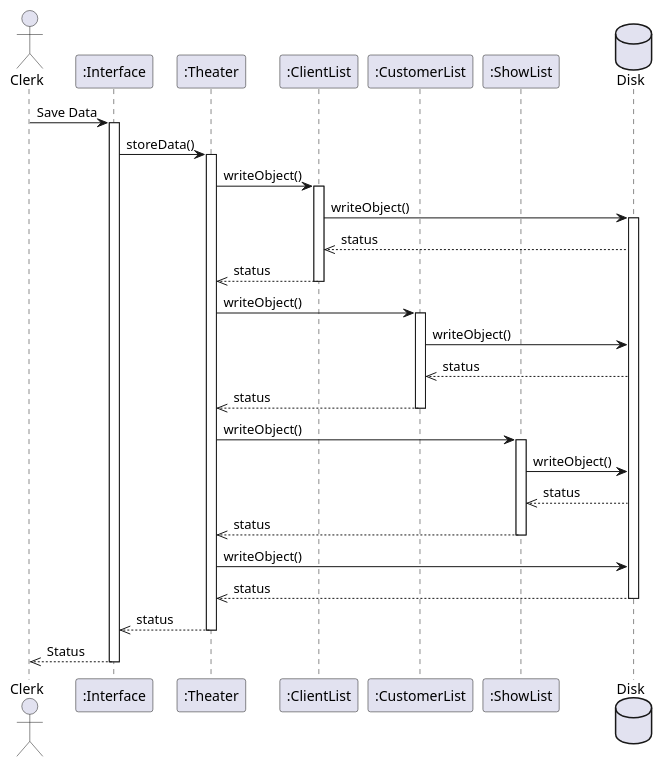
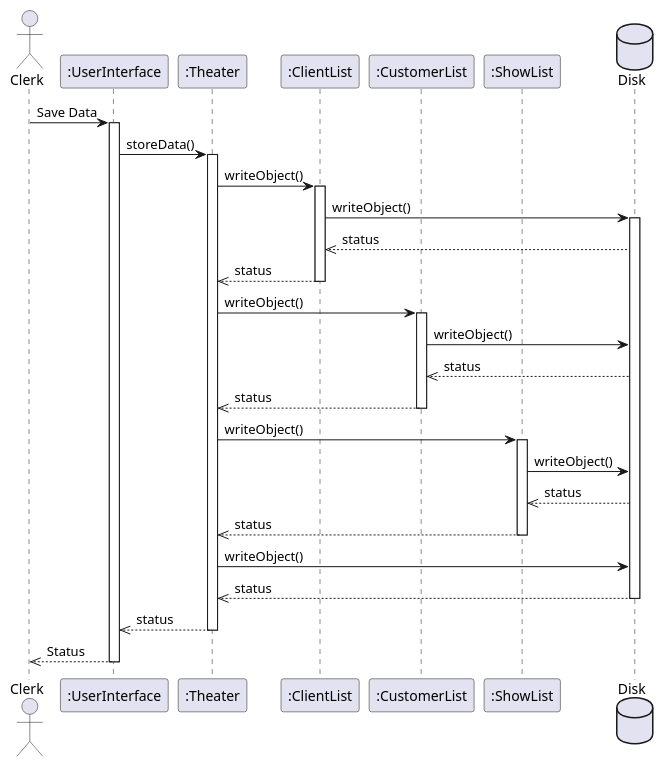
One commit to FreezeWarp/372Groupwork changed the diagram in src/SequenceDiagrams/SaveState.pu. Above: the diagram before and after it, drawn with PlantUML. The commit also changed 17 other files, not shown here.

First line of the commit message:
Rename Interface to UserInterface

```diff
--- a/src/SequenceDiagrams/SaveState.pu
+++ b/src/SequenceDiagrams/SaveState.pu
@@ -1,51 +1,51 @@
 @startuml
 
 actor Clerk
-participant ":Interface"
+participant ":UserInterface"
 participant ":Theater"
 participant ":ClientList"
 participant ":CustomerList"
 participant ":ShowList"
 database Disk
 
-Clerk -> ":Interface" : Save Data
-activate ":Interface"
+Clerk -> ":UserInterface" : Save Data
+activate ":UserInterface"
 
-":Interface" -> ":Theater" : storeData()
+":UserInterface" -> ":Theater" : storeData()
 activate ":Theater"
 
 ":Theater" -> ":ClientList": writeObject()
 activate ":ClientList"
 ":ClientList" -> Disk: writeObject()
 activate Disk
 Disk -->> ":ClientList": status
 ":ClientList" -->> ":Theater": status
 deactivate ":ClientList"
 
 ":Theater" -> ":CustomerList": writeObject()
 activate ":CustomerList"
 ":CustomerList" -> Disk: writeObject()
 Disk -->> ":CustomerList": status
 ":CustomerList" -->> ":Theater": status
 deactivate ":CustomerList"
 
 ":Theater" -> ":ShowList": writeObject()
 activate ":ShowList"
 ":ShowList" -> Disk: writeObject()
 Disk -->> ":ShowList": status
 ":ShowList" -->> ":Theater": status
 deactivate ":ShowList"
 
 ":Theater" -> Disk: writeObject()
 Disk -->> ":Theater": status
 
 deactivate Disk
 
-":Theater" -->> ":Interface": status
+":Theater" -->> ":UserInterface": status
 deactivate ":Theater"
 
-":Interface" -->> Clerk: Status
-deactivate ":Interface"
+":UserInterface" -->> Clerk: Status
+deactivate ":UserInterface"
 deactivate Clerk
 
 @enduml
```
